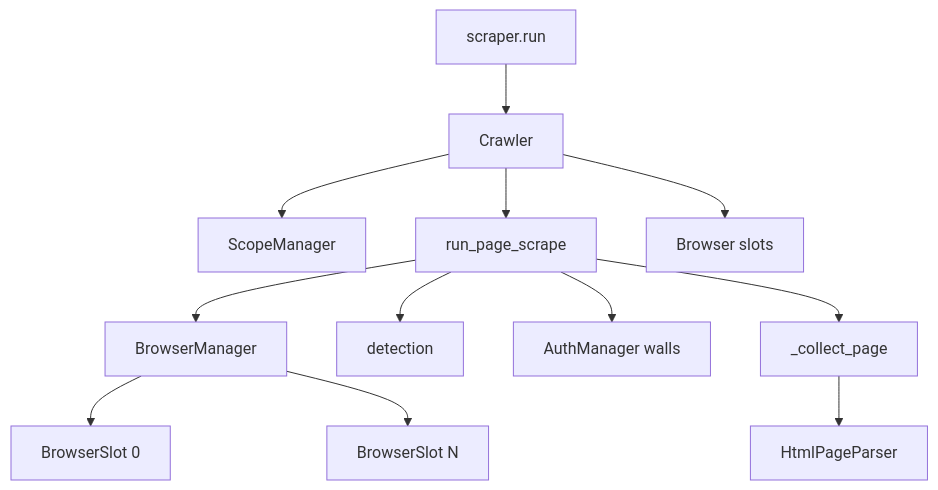
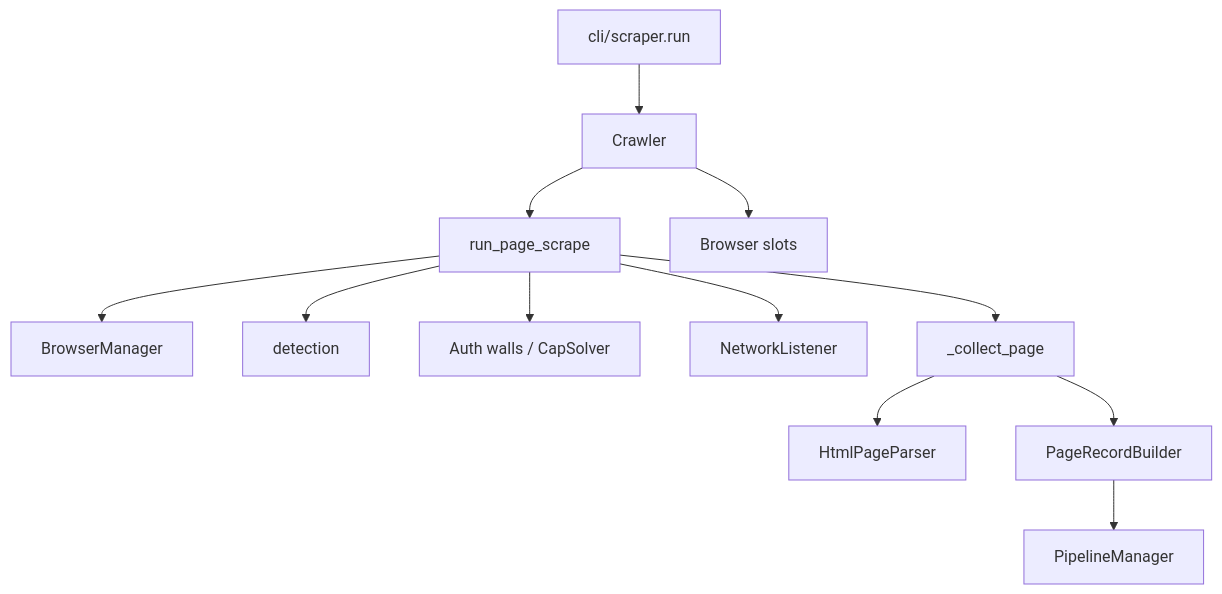
One commit to Shellghostt/WebVac changed the first of 3 diagrams in docs/architecture/CRAWL.md. Above: the diagram before and after it, drawn with Mermaid. The commit also changed other lines of this file and 8 other files, not shown here.

First line of the commit message:
Document subsystem architecture deep dives

````diff
--- a/docs/architecture/CRAWL.md
+++ b/docs/architecture/CRAWL.md
@@ -19,14 +19,14 @@
 ```mermaid
 flowchart TB
-  Scraper[scraper.run] --> Crawler
-  Crawler --> Scope[ScopeManager]
+  Scraper[cli/scraper.run] --> Crawler
   Crawler --> Flow[run_page_scrape]
   Crawler --> Pool[Browser slots]
   Flow --> BM[BrowserManager]
   Flow --> Det[detection]
-  Flow --> Auth[AuthManager walls]
+  Flow --> Auth[Auth walls / CapSolver]
+  Flow --> Net[NetworkListener]
   Flow --> Collect[_collect_page]
   Collect --> Parser[HtmlPageParser]
-  BM --> Slot0[BrowserSlot 0]
-  BM --> SlotN[BrowserSlot N]
+  Collect --> Rec[PageRecordBuilder]
+  Rec --> Pipe[PipelineManager]
 ```
````
